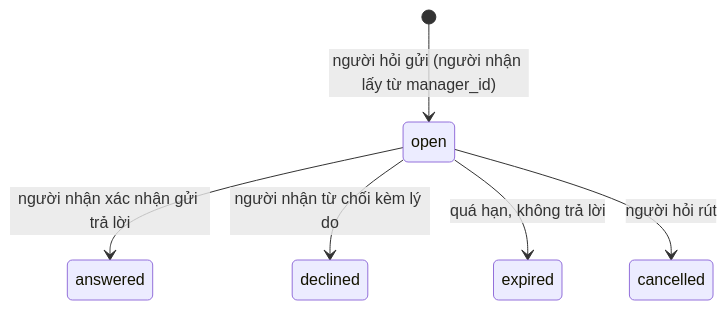
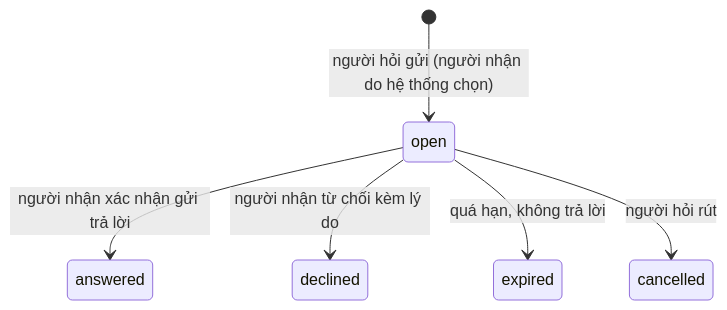
One commit to langtuananh2424/pdca-system changed the seventh of 8 diagrams in docs/03-SDD.md. Above: the diagram before and after it, drawn with Mermaid. The commit also changed 3 other files, not shown here.

````diff
--- a/docs/03-SDD.md
+++ b/docs/03-SDD.md
@@ -421,8 +421,8 @@
 ```mermaid
 stateDiagram-v2
-    [*] --> open: người hỏi gửi (người nhận lấy từ manager_id)
+    [*] --> open: người hỏi gửi (người nhận do hệ thống chọn)
     open --> answered: người nhận xác nhận gửi trả lời
     open --> declined: người nhận từ chối kèm lý do
     open --> expired: quá hạn, không trả lời
     open --> cancelled: người hỏi rút
 ```
````
